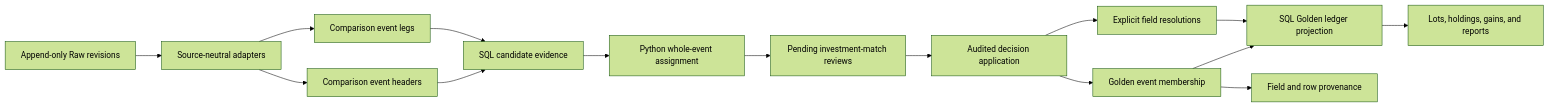
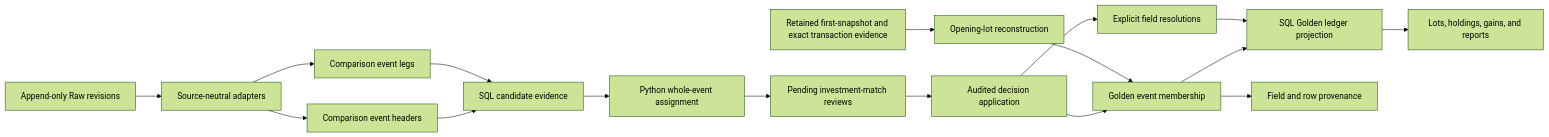
Before and after one commit to bsaffel/moneybin: the diagram in docs/specs/investment-event-matching.md, drawn with Mermaid (forest theme). The commit also changed other lines of this file and 3 other files, not shown here.

````diff
--- a/docs/specs/investment-event-matching.md
+++ b/docs/specs/investment-event-matching.md
@@ -118,17 +123,19 @@
 ```mermaid
 flowchart LR
     R["Append-only Raw revisions"] --> A["Source-neutral adapters"]
     A --> H["Comparison event headers"]
     A --> L["Comparison event legs"]
     H --> C["SQL candidate evidence"]
     L --> C
     C --> P["Python whole-event assignment"]
     P --> Q["Pending investment-match reviews"]
     Q --> D["Audited decision application"]
     D --> M["Golden event membership"]
     D --> F["Explicit field resolutions"]
+    O["Retained first-snapshot and exact transaction evidence"] --> B["Opening-lot reconstruction"]
+    B --> M
     M --> G["SQL Golden ledger projection"]
     F --> G
     G --> T["Lots, holdings, gains, and reports"]
     M --> V["Field and row provenance"]
 ```
````
